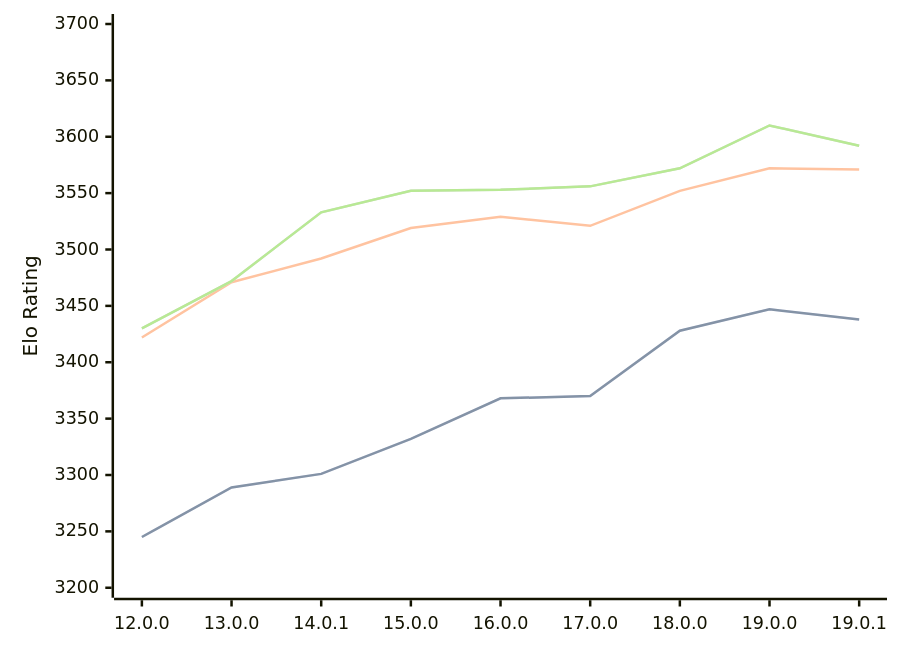
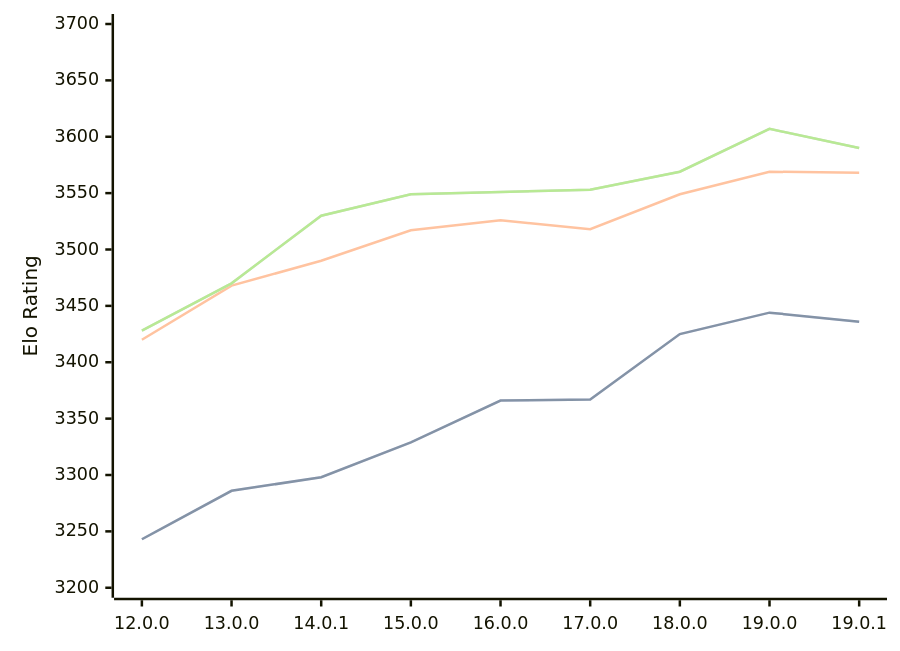
The diagram in engines/Viridithas.md (computer-chess-index/cci), drawn with Mermaid before and after one commit. The commit also changed other lines of this file, not shown here.

Commit message:
Update CCI Ratings (ELO VLTC) - 2026-03-10

````diff
--- a/engines/Viridithas.md
+++ b/engines/Viridithas.md
@@ -61,11 +61,11 @@
 ```mermaid
 %%{init: {"theme":"base","themeVariables":{"seriesColors:['#a3a3a3','#222221','#faa371']}}}%%
 xychart-beta
   x-axis ["12.0.0", "13.0.0", "14.0.1", "15.0.0", "16.0.0", "17.0.0", "18.0.0", "19.0.0", "19.0.1"]
   y-axis "Elo Rating" 3200 --> 3700
-  line "STC (8.0+0.08s)" [3245, 3289, 3301, 3332, 3368, 3370, 3428, 3447, 3438]
-  line "STC (8.0+0.08s)" [3245, 3289, 3301, 3332, 3368, 3370, 3428, 3447, 3438]
-  line "LTC (60.0+0.60s)" [3422, 3471, 3492, 3519, 3529, 3521, 3552, 3572, 3571]
-  line "VLTC (2m24s+1.12s)" [3430, 3472, 3533, 3552, 3553, 3556, 3572, 3610, 3592]
-  line "VLTC (2m24s+1.12s)" [3430, 3472, 3533, 3552, 3553, 3556, 3572, 3610, 3592]
+  line "STC (8.0+0.08s)" [3243, 3286, 3298, 3329, 3366, 3367, 3425, 3444, 3436]
+  line "STC (8.0+0.08s)" [3243, 3286, 3298, 3329, 3366, 3367, 3425, 3444, 3436]
+  line "LTC (60.0+0.60s)" [3420, 3468, 3490, 3517, 3526, 3518, 3549, 3569, 3568]
+  line "VLTC (2m24s+1.12s)" [3428, 3470, 3530, 3549, 3551, 3553, 3569, 3607, 3590]
+  line "VLTC (2m24s+1.12s)" [3428, 3470, 3530, 3549, 3551, 3553, 3569, 3607, 3590]
 ```
````
